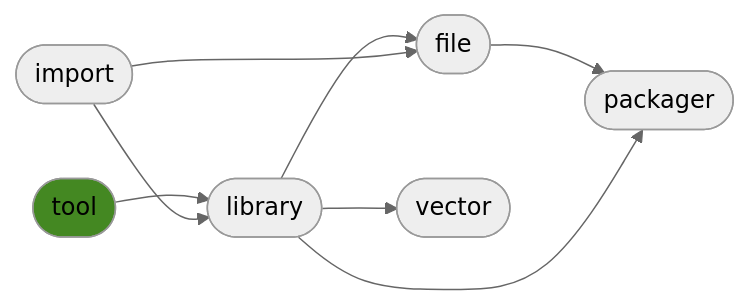
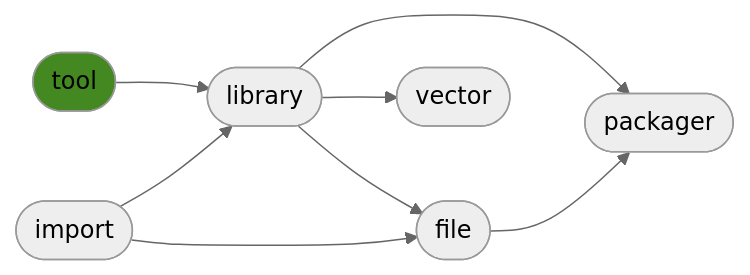
One commit to ManderaGeneral/generaltool changed the diagram in README.md. Above: the diagram before and after it, drawn with Mermaid (neutral theme). The commit also changed other lines of this file, not shown here.

````diff
--- a/README.md
+++ b/README.md
@@ -23,17 +23,17 @@
 ```mermaid
 flowchart LR
-3([file]) --> 5([packager])
+1([tool]) --> 2([library])
 2([library]) --> 4([vector])
 2([library]) --> 5([packager])
-1([tool]) --> 2([library])
 2([library]) --> 3([file])
 0([import]) --> 3([file])
+3([file]) --> 5([packager])
 0([import]) --> 2([library])
 click 0 "https://github.com/ManderaGeneral/generalimport"
 click 1 "https://github.com/ManderaGeneral/generaltool"
 click 2 "https://github.com/ManderaGeneral/generallibrary"
 click 3 "https://github.com/ManderaGeneral/generalfile"
 click 4 "https://github.com/ManderaGeneral/generalvector"
 click 5 "https://github.com/ManderaGeneral/generalpackager"
 style 1 fill:#482
 ```
````
